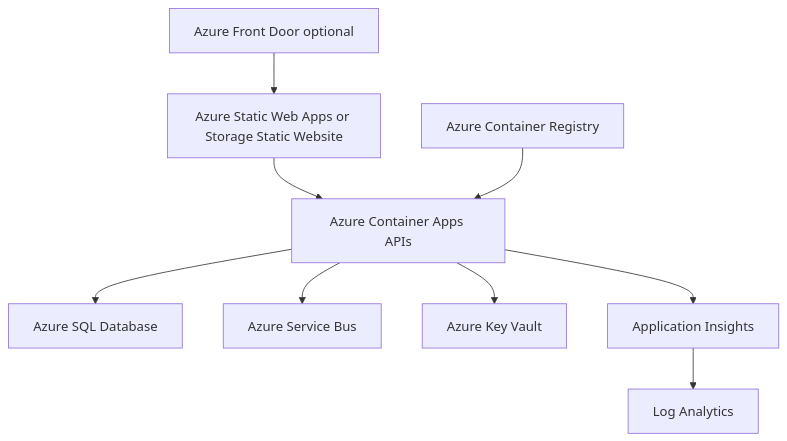
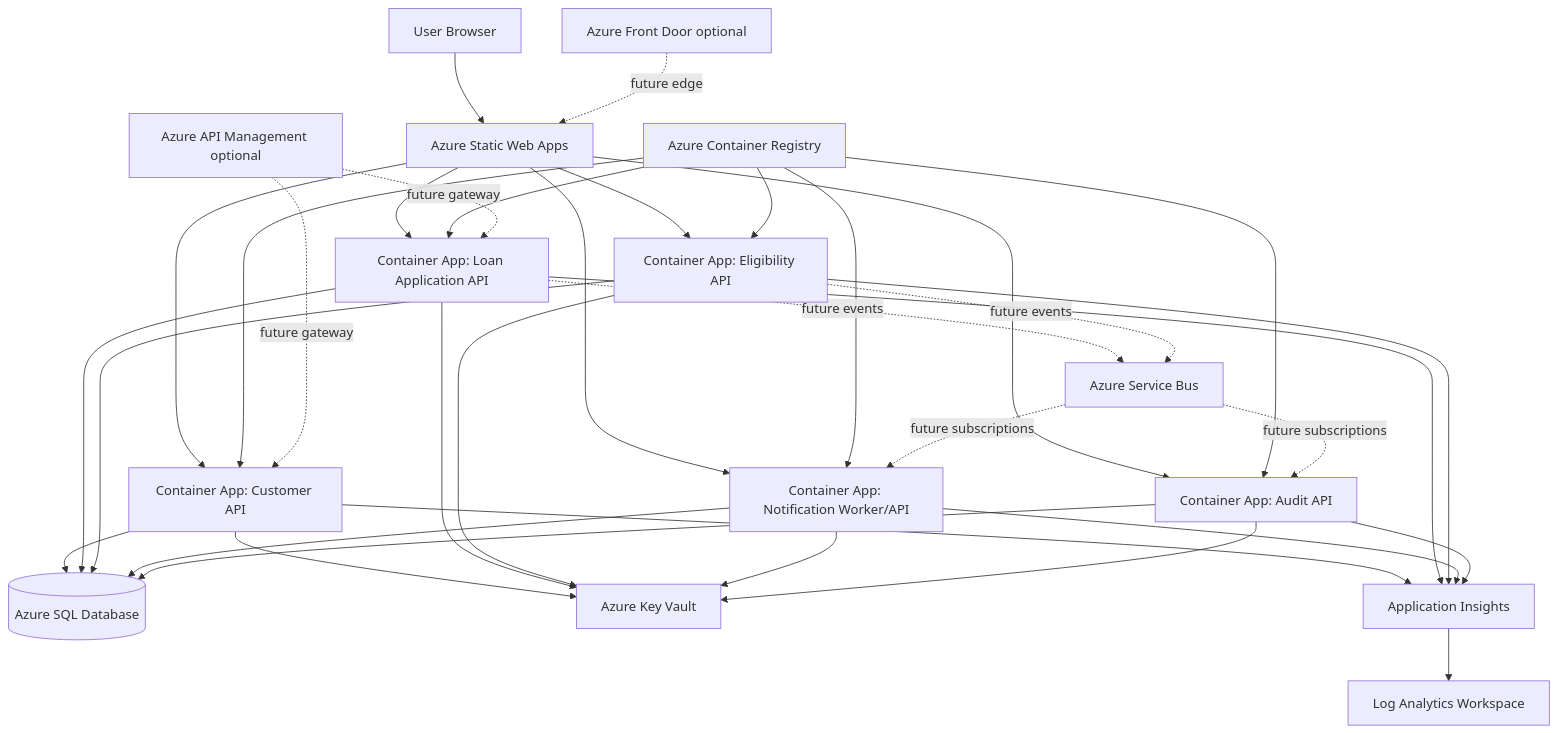
Before and after one commit to majikoushik/enterprise-loan-origination-platform: the diagram in architecture/diagrams/azure-deployment.md, drawn with Mermaid. The commit also changed 42 other files, not shown here.

````diff
--- a/architecture/diagrams/azure-deployment.md
+++ b/architecture/diagrams/azure-deployment.md
@@ -3,11 +3,43 @@
 ```mermaid
 flowchart TB
-  FrontDoor[Azure Front Door optional] --> StaticWeb[Azure Static Web Apps or Storage Static Website]
-  StaticWeb --> ContainerApps[Azure Container Apps APIs]
-  ContainerApps --> Sql[Azure SQL Database]
-  ContainerApps --> ServiceBus[Azure Service Bus]
-  ContainerApps --> KeyVault[Azure Key Vault]
-  ContainerApps --> AppInsights[Application Insights]
-  AppInsights --> LogAnalytics[Log Analytics]
-  Acr[Azure Container Registry] --> ContainerApps
+  User[User Browser] --> StaticWeb[Azure Static Web Apps]
+  StaticWeb --> CustomerApp[Container App: Customer API]
+  StaticWeb --> LoanApp[Container App: Loan Application API]
+  StaticWeb --> EligibilityApp[Container App: Eligibility API]
+  StaticWeb --> NotificationApp[Container App: Notification Worker/API]
+  StaticWeb --> AuditApp[Container App: Audit API]
+
+  Acr[Azure Container Registry] --> CustomerApp
+  Acr --> LoanApp
+  Acr --> EligibilityApp
+  Acr --> NotificationApp
+  Acr --> AuditApp
+
+  CustomerApp --> Sql[(Azure SQL Database)]
+  LoanApp --> Sql
+  EligibilityApp --> Sql
+  NotificationApp --> Sql
+  AuditApp --> Sql
+
+  LoanApp -. future events .-> ServiceBus[Azure Service Bus]
+  EligibilityApp -. future events .-> ServiceBus
+  ServiceBus -. future subscriptions .-> NotificationApp
+  ServiceBus -. future subscriptions .-> AuditApp
+
+  CustomerApp --> KeyVault[Azure Key Vault]
+  LoanApp --> KeyVault
+  EligibilityApp --> KeyVault
+  NotificationApp --> KeyVault
+  AuditApp --> KeyVault
+
+  CustomerApp --> AppInsights[Application Insights]
+  LoanApp --> AppInsights
+  EligibilityApp --> AppInsights
+  NotificationApp --> AppInsights
+  AuditApp --> AppInsights
+  AppInsights --> LogAnalytics[Log Analytics Workspace]
+
+  FrontDoor[Azure Front Door optional] -. future edge .-> StaticWeb
+  Apim[Azure API Management optional] -. future gateway .-> CustomerApp
+  Apim -. future gateway .-> LoanApp
 ```
````
